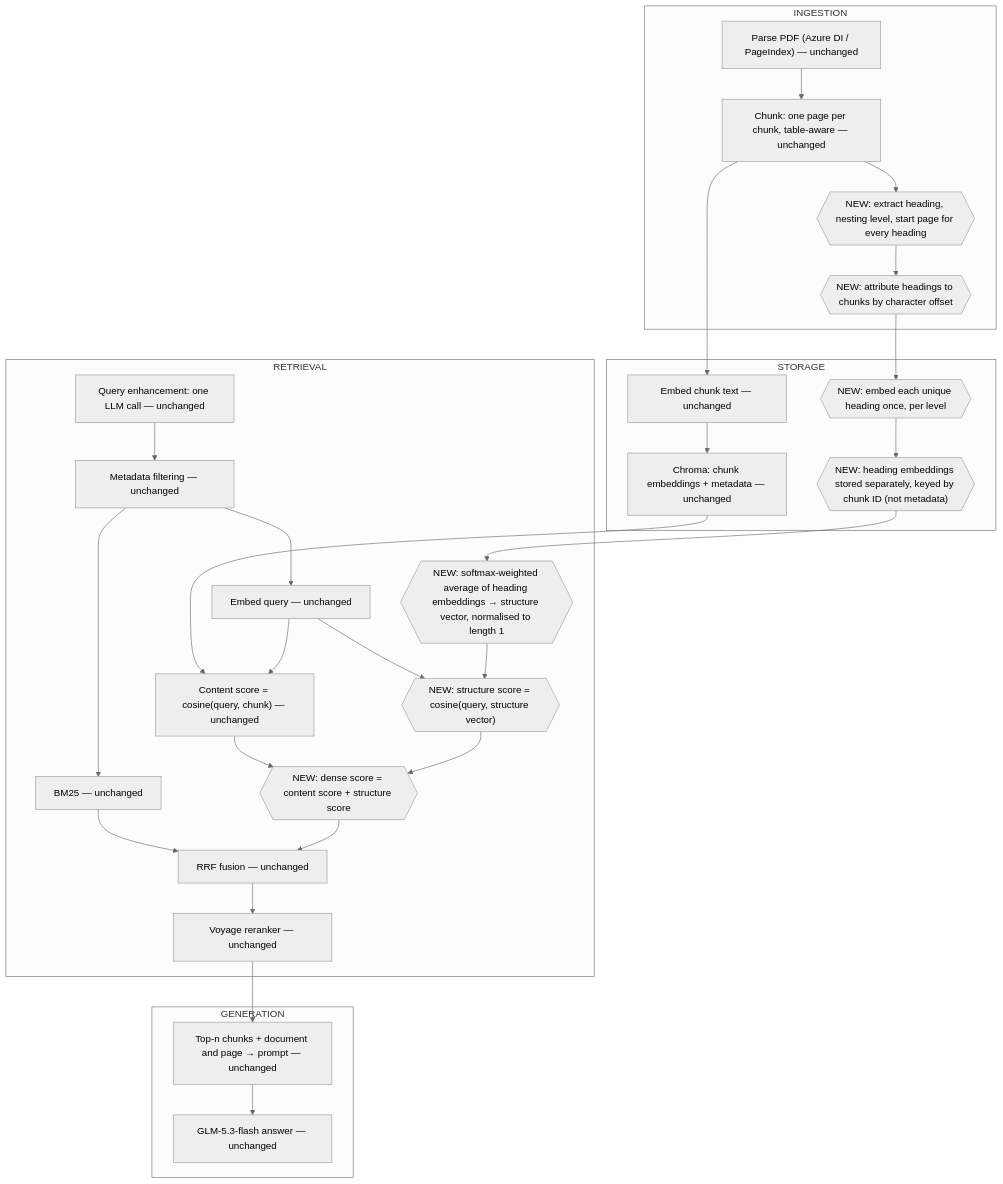
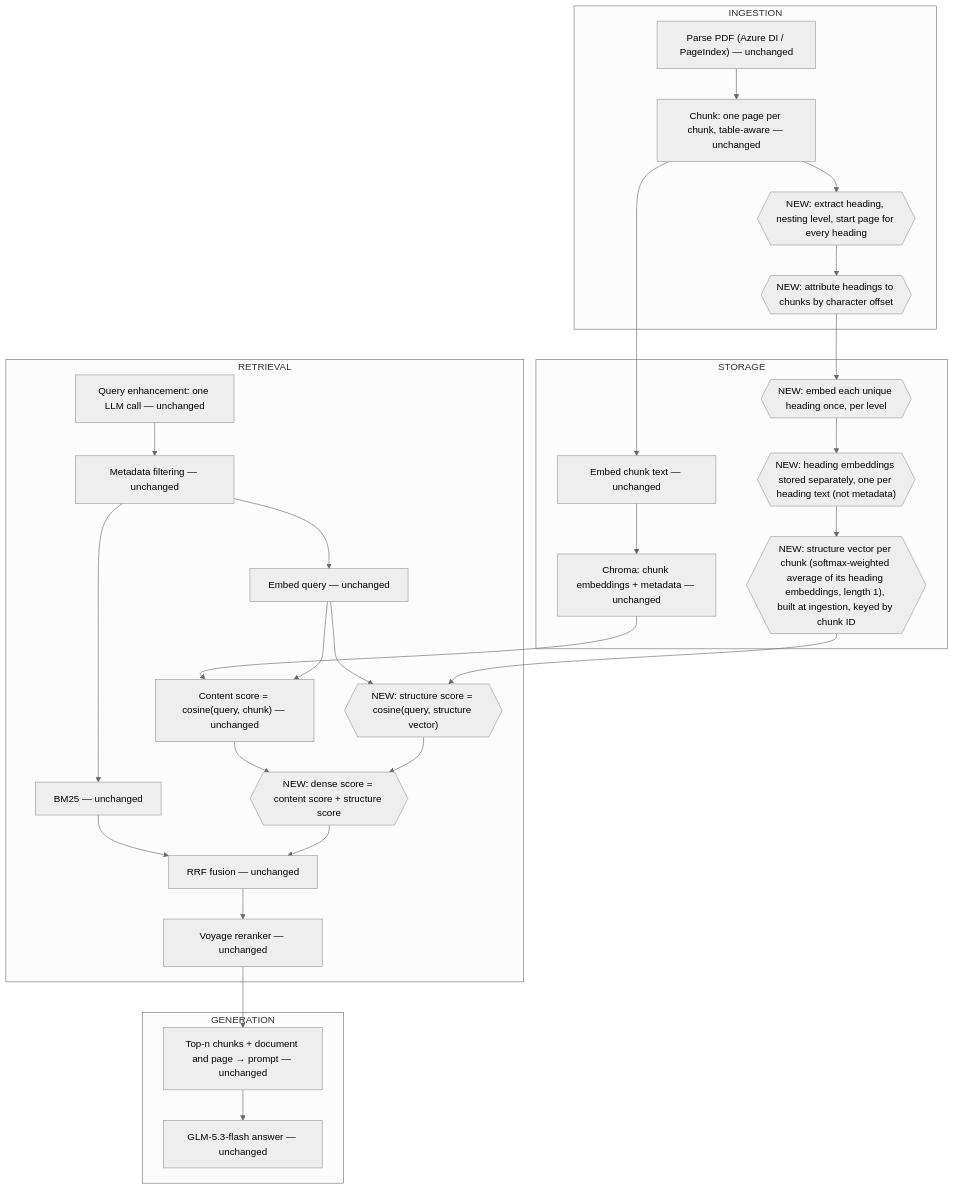
Before and after one commit to 14zhasim/Agentic_RAG: the diagram in docs sys design/Exp 2/Exp 2.md, drawn with Mermaid (neutral theme). The commit also changed other lines of this file and 2 other files, not shown here.

First line of the commit message:
Settle the Exp2 structure design

````diff
--- a/docs sys design/Exp 2/Exp 2.md
+++ b/docs sys design/Exp 2/Exp 2.md
@@ -109,35 +116,35 @@
 ```mermaid
 flowchart TD
     subgraph INGESTION
         A1["Parse PDF (Azure DI / PageIndex) — unchanged"] --> A2["Chunk: one page per chunk, table-aware — unchanged"]
         A2 --> A3{{"NEW: extract heading, nesting level, start page for every heading"}}
         A3 --> A4{{"NEW: attribute headings to chunks by character offset"}}
     end
 
     subgraph STORAGE
         A2 --> B1["Embed chunk text — unchanged"] --> B2["Chroma: chunk embeddings + metadata — unchanged"]
         A4 --> B3{{"NEW: embed each unique heading once, per level"}}
-        B3 --> B4{{"NEW: heading embeddings stored separately, keyed by chunk ID (not metadata)"}}
+        B3 --> B4{{"NEW: heading embeddings stored separately, one per heading text (not metadata)"}}
+        B4 --> B5{{"NEW: structure vector per chunk (softmax-weighted average of its heading embeddings, length 1), built at ingestion, keyed by chunk ID"}}
     end
 
     subgraph RETRIEVAL
         C1["Query enhancement: one LLM call — unchanged"] --> C1a["Metadata filtering — unchanged"]
         C1a --> C2["BM25 — unchanged"]
         C1a --> C3["Embed query — unchanged"]
         B2 --> C4["Content score = cosine(query, chunk) — unchanged"]
         C3 --> C4
-        B4 --> C5{{"NEW: softmax-weighted average of heading embeddings → structure vector, normalised to length 1"}}
         C3 --> C6{{"NEW: structure score = cosine(query, structure vector)"}}
-        C5 --> C6
+        B5 --> C6
         C4 --> C7{{"NEW: dense score = content score + structure score"}}
         C6 --> C7
         C2 --> D1["RRF fusion — unchanged"]
         C7 --> D1
         D1 --> D2["Voyage reranker — unchanged"]
     end
 
     subgraph GENERATION
         D2 --> E1["Top-n chunks + document and page → prompt — unchanged"]
         E1 --> E2["GLM-5.3-flash answer — unchanged"]
     end
 ```
````
